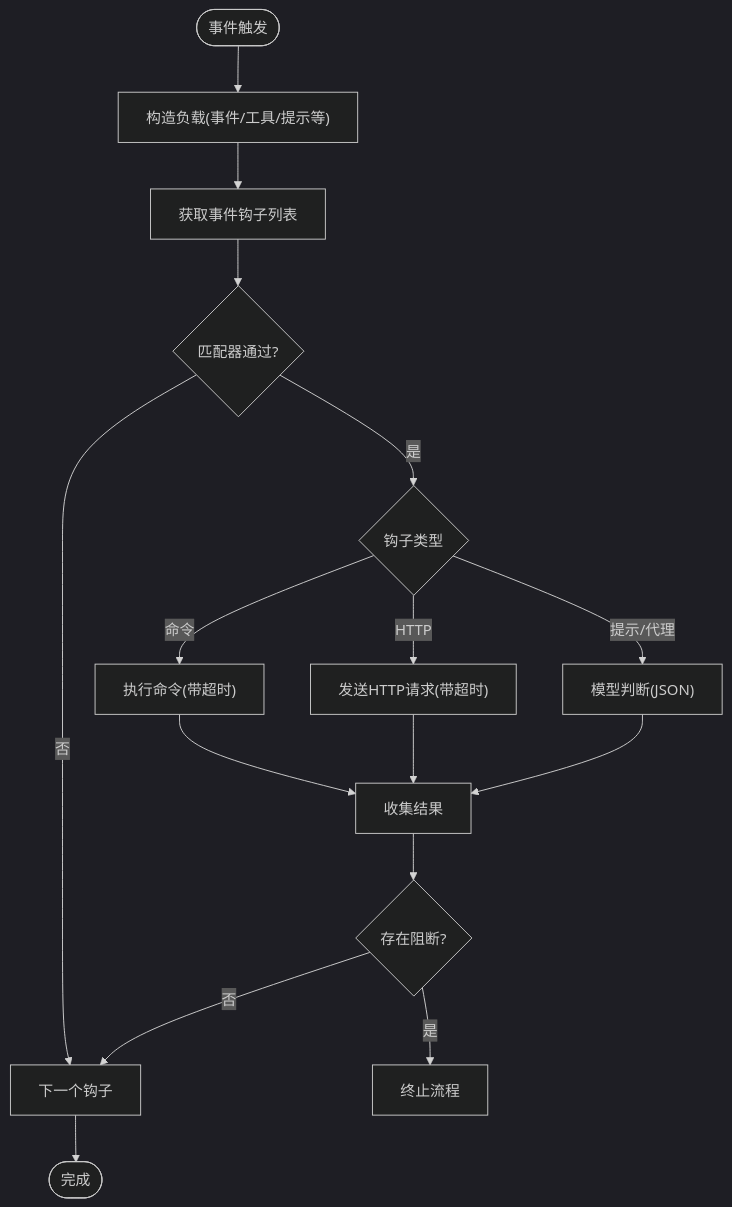
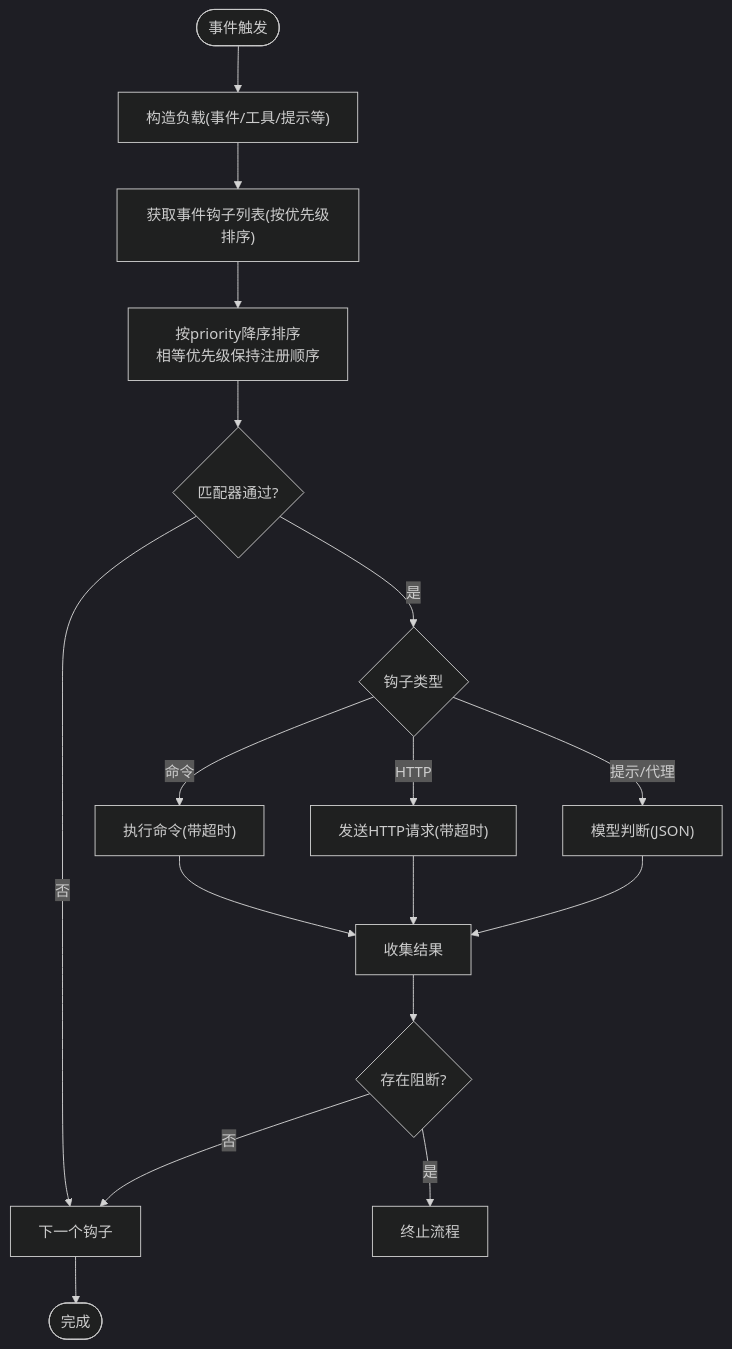
Before and after one commit to haolange/OpenHarness: the fourth of 5 diagrams in .qoder/repowiki/zh/content/插件生态系统/插件类型详解/钩子插件.md, drawn with Mermaid (dark theme). The commit also changed other lines of this file and 5 other files, not shown here.

````diff
--- a/.qoder/repowiki/zh/content/插件生态系统/插件类型详解/钩子插件.md
+++ b/.qoder/repowiki/zh/content/插件生态系统/插件类型详解/钩子插件.md
@@ -318,18 +366,19 @@
 ```mermaid
 flowchart TD
 Start(["事件触发"]) --> BuildPayload["构造负载(事件/工具/提示等)"]
-BuildPayload --> GetHooks["获取事件钩子列表"]
-GetHooks --> Match{"匹配器通过?"}
+BuildPayload --> GetHooks["获取事件钩子列表(按优先级排序)"]
+GetHooks --> Sort["按priority降序排序<br/>相等优先级保持注册顺序"]
+Sort --> Match{"匹配器通过?"}
 Match --> |否| NextHook["下一个钩子"]
 Match --> |是| Type{"钩子类型"}
 Type --> |命令| RunCmd["执行命令(带超时)"]
 Type --> |HTTP| RunHttp["发送HTTP请求(带超时)"]
 Type --> |提示/代理| RunLLM["模型判断(JSON)"]
 RunCmd --> Collect["收集结果"]
 RunHttp --> Collect
 RunLLM --> Collect
 Collect --> Blocked{"存在阻断?"}
 Blocked --> |是| Stop["终止流程"]
 Blocked --> |否| NextHook
 NextHook --> Done(["完成"])
 ```
````
